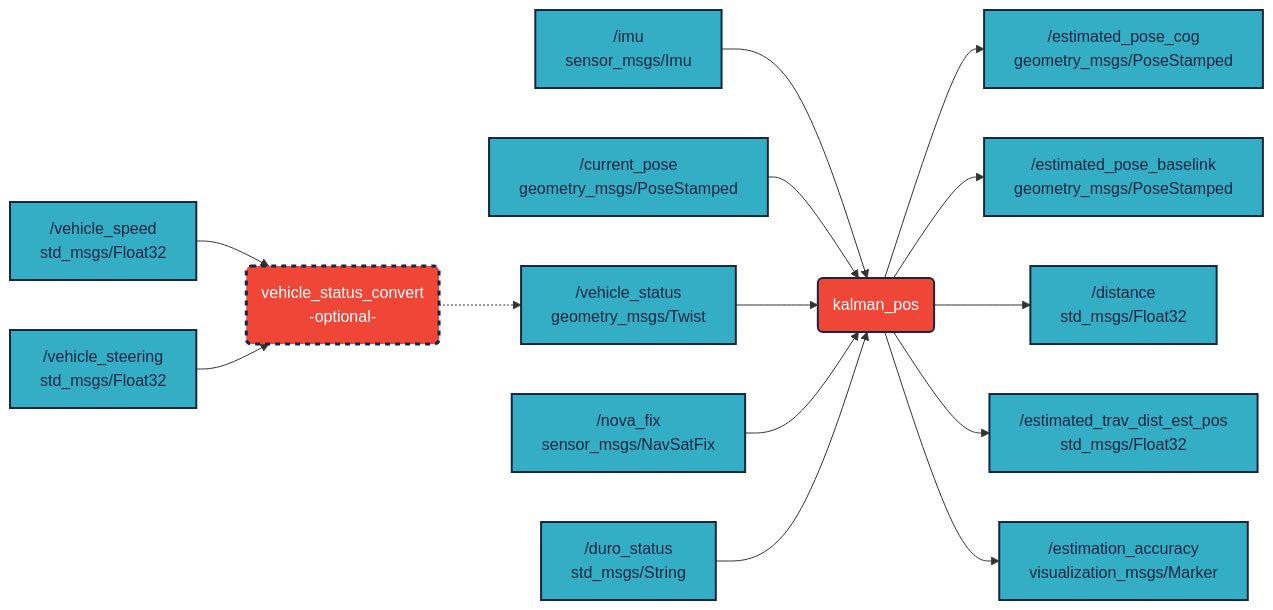
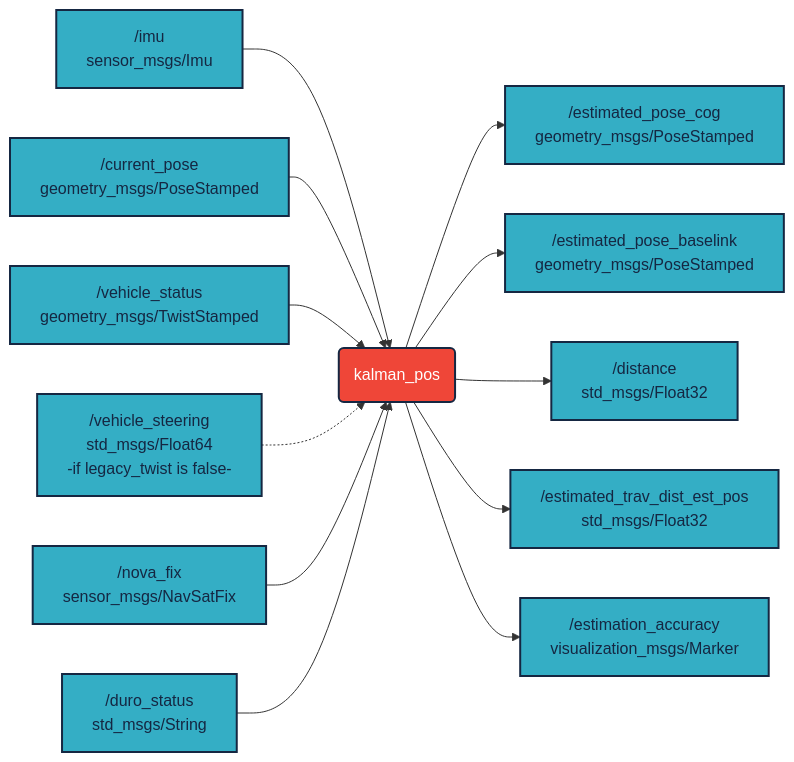
Before and after one commit to jkk-research/kalman_pos: the diagram in README.md, drawn with Mermaid. The commit also changed other lines of this file and 21 other files, not shown here.

Commit message:
legacy_twist indroduced removed vehicle_status_convert #3

````diff
--- a/README.md
+++ b/README.md
@@ -44,30 +44,26 @@
 ```mermaid
 flowchart LR
 
 A[ /imu<br/>sensor_msgs/Imu] --> F(kalman_pos)
 B[ /current_pose<br/>geometry_msgs/PoseStamped] --> F
-C[ /vehicle_status<br/>geometry_msgs/Twist] --> F
+C[ /vehicle_status<br/>geometry_msgs/TwistStamped] --> F
+S[ /vehicle_steering<br/>std_msgs/Float64<br/>-if legacy_twist is false-] -.-> F
 D[ /nova_fix<br/>sensor_msgs/NavSatFix] --> F
 E[ /duro_status<br/>std_msgs/String] --> F
 F -->  G[ /estimated_pose_cog<br/>geometry_msgs/PoseStamped]
 F -->  H[ /estimated_pose_baselink<br/>geometry_msgs/PoseStamped]
 F -->  I[ /distance<br/>std_msgs/Float32]
 F -->  J[ /estimated_trav_dist_est_pos<br/>std_msgs/Float32]
 F -->  K[ /estimation_accuracy<br/>visualization_msgs/Marker]
-
-V1(vehicle_status_convert <br> -optional-) -.-> C
-V3[ /vehicle_speed <br/> std_msgs/Float32] --> V1
-V4[ /vehicle_steering <br/> std_msgs/Float32] --> V1
 
 
 classDef light fill:#34aec5,stroke:#152742,stroke-width:2px,color:#152742  
 classDef dark fill:#152742,stroke:#34aec5,stroke-width:2px,color:#34aec5
 classDef white fill:#ffffff,stroke:#152742,stroke-width:2px,color:#152742
 classDef red fill:#ef4638,stroke:#152742,stroke-width:2px,color:#fff
 classDef dashed fill:#ef4638,stroke:#152742,stroke-width:3px,stroke-dasharray:5,5,color:#fff
 
 class F red
-class V1 dashed
-class A,B,C,D,E,G,H,I,J,K,V3,V4 light
+class A,B,C,D,E,G,H,I,J,K,S light
 
 ```
````
